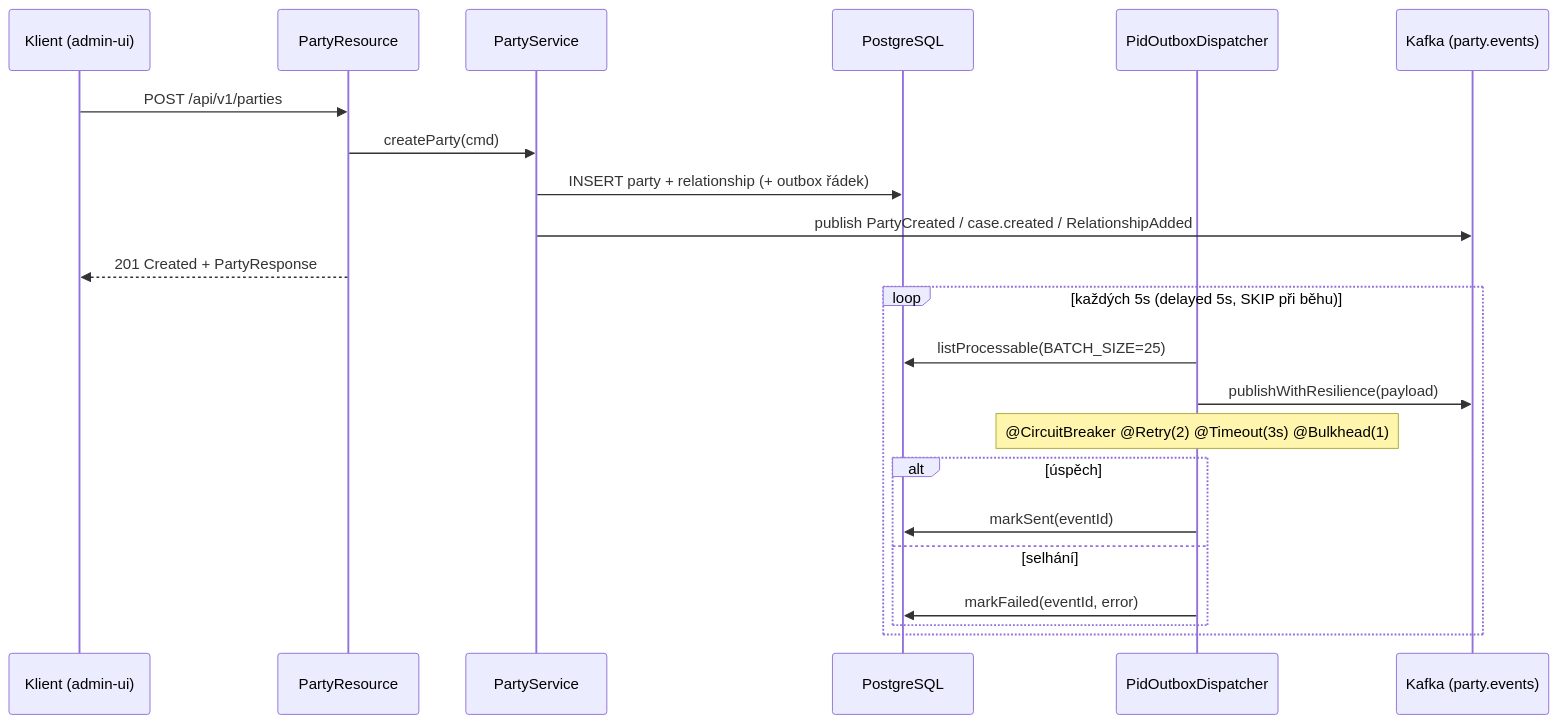
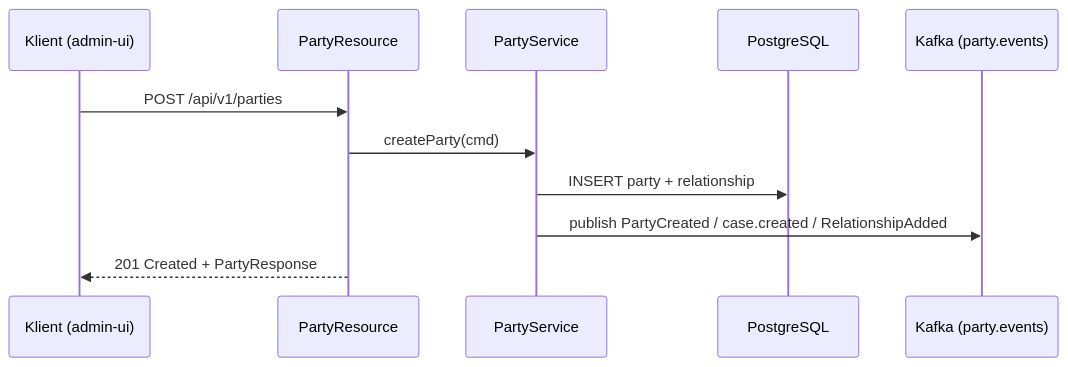
The third of 3 diagrams in openbank-pid-service/src/main/resources/docs/02-architecture.cs.md (JiRaska/open-bank-oss), drawn with Mermaid before and after one commit. The commit also changed other lines of this file and 41 other files, not shown here.

First line of the commit message:
fix(pid): retire the unwired PID outbox channel

````diff
--- a/openbank-pid-service/src/main/resources/docs/02-architecture.cs.md
+++ b/openbank-pid-service/src/main/resources/docs/02-architecture.cs.md
@@ -107,26 +100,14 @@
 ```mermaid
 sequenceDiagram
   participant C as Klient (admin-ui)
   participant R as PartyResource
   participant S as PartyService
   participant DB as PostgreSQL
-  participant D as PidOutboxDispatcher
   participant K as Kafka (party.events)
 
   C->>R: POST /api/v1/parties
   R->>S: createParty(cmd)
-  S->>DB: INSERT party + relationship (+ outbox řádek)
+  S->>DB: INSERT party + relationship
   S->>K: publish PartyCreated / case.created / RelationshipAdded
   R-->>C: 201 Created + PartyResponse
-
-  loop každých 5s (delayed 5s, SKIP při běhu)
-    D->>DB: listProcessable(BATCH_SIZE=25)
-    D->>K: publishWithResilience(payload)
-    Note over D: @CircuitBreaker @Retry(2) @Timeout(3s) @Bulkhead(1)
-    alt úspěch
-      D->>DB: markSent(eventId)
-    else selhání
-      D->>DB: markFailed(eventId, error)
-    end
-  end
 ```
````
